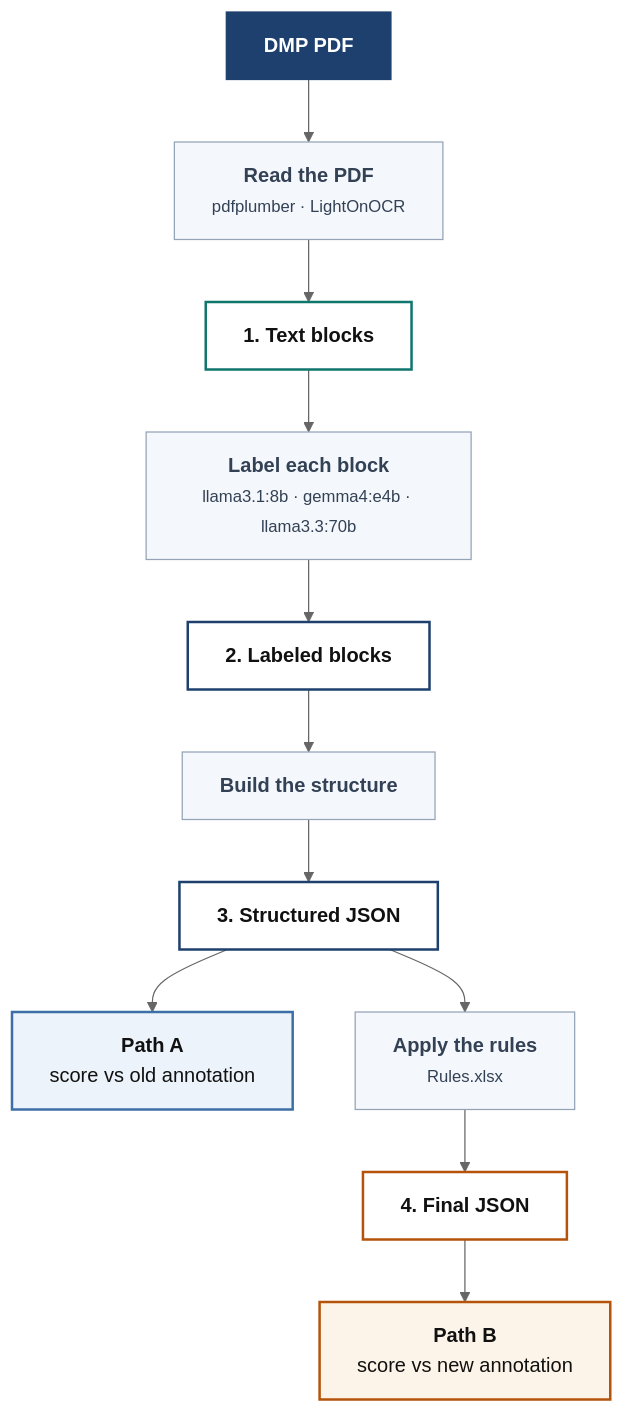
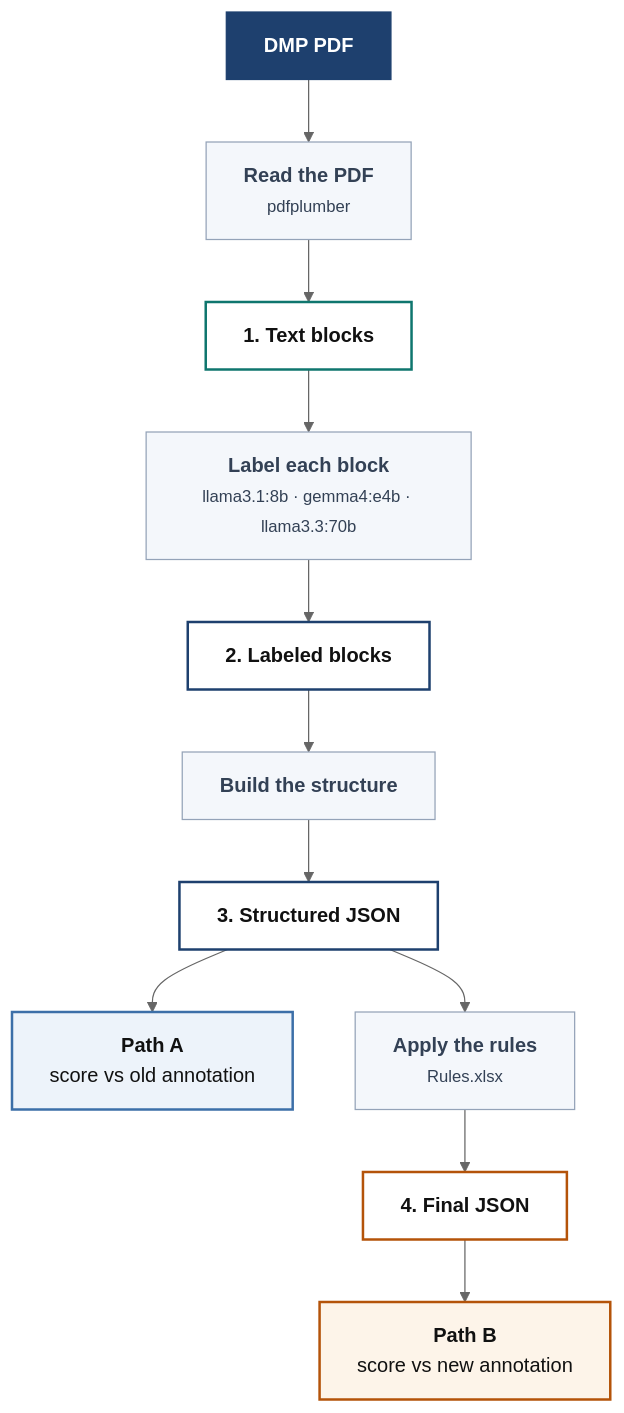
The diagram in README.md (fairdataihub/dmpbridge), drawn with Mermaid (neutral theme) before and after one commit. The commit also changed other lines of this file and 74 other files, not shown here.

First line of the commit message:
Refactor DMP pipeline to remove LightOnOCR extractor

````diff
--- a/README.md
+++ b/README.md
@@ -16,32 +16,32 @@
 ```mermaid
 flowchart TD
     PDF["<b>DMP PDF</b>"]
 
-    PDF --> READ["<b>Read the PDF</b><br/><small>pdfplumber · LightOnOCR</small>"]
+    PDF --> READ["<b>Read the PDF</b><br/><small>pdfplumber</small>"]
     READ --> S1["<b>1. Text blocks</b>"]
     S1 --> LABEL["<b>Label each block</b><br/><small>llama3.1:8b · gemma4:e4b · llama3.3:70b</small>"]
     LABEL --> S2["<b>2. Labeled blocks</b>"]
     S2 --> BUILD["<b>Build the structure</b>"]
     BUILD --> S3["<b>3. Structured JSON</b>"]
 
     S3 --> PATHA["<b>Path A</b><br/>score vs old annotation"]
     S3 --> RULES["<b>Apply the rules</b><br/><small>Rules.xlsx</small>"]
     RULES --> S4["<b>4. Final JSON</b>"]
     S4 --> PATHB["<b>Path B</b><br/>score vs new annotation"]
 
     classDef input  fill:#1E406E,stroke:#1E406E,color:#ffffff
     classDef step   fill:#F4F7FB,stroke:#94A3B8,stroke-width:1px,color:#334155
     classDef cached fill:#ffffff,stroke:#0F766E,stroke-width:2px,color:#111
     classDef data   fill:#ffffff,stroke:#1E406E,stroke-width:2px,color:#111
     classDef rules  fill:#ffffff,stroke:#B45309,stroke-width:2px,color:#111
     classDef pathA  fill:#EDF3FA,stroke:#3C6FA8,stroke-width:2px,color:#111
     classDef pathB  fill:#FDF4E9,stroke:#B45309,stroke-width:2px,color:#111
 
     class PDF input
     class READ,LABEL,BUILD,RULES step
     class S1 cached
     class S2,S3 data
     class S4 rules
     class PATHA pathA
     class PATHB pathB
 ```
````
